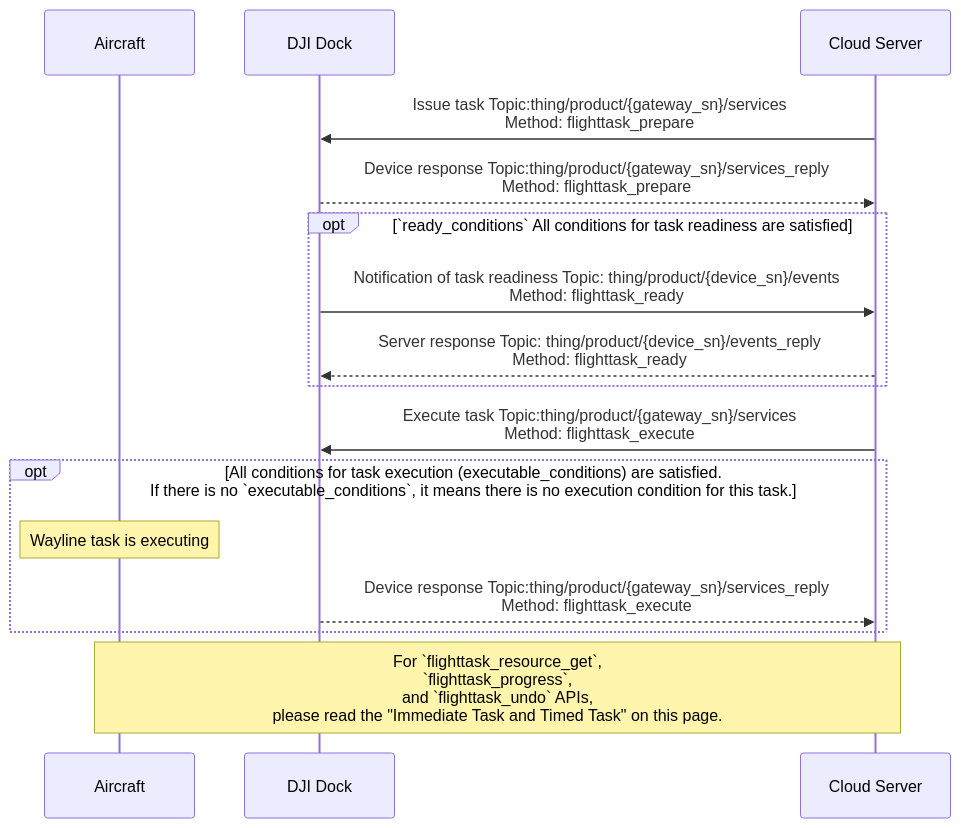
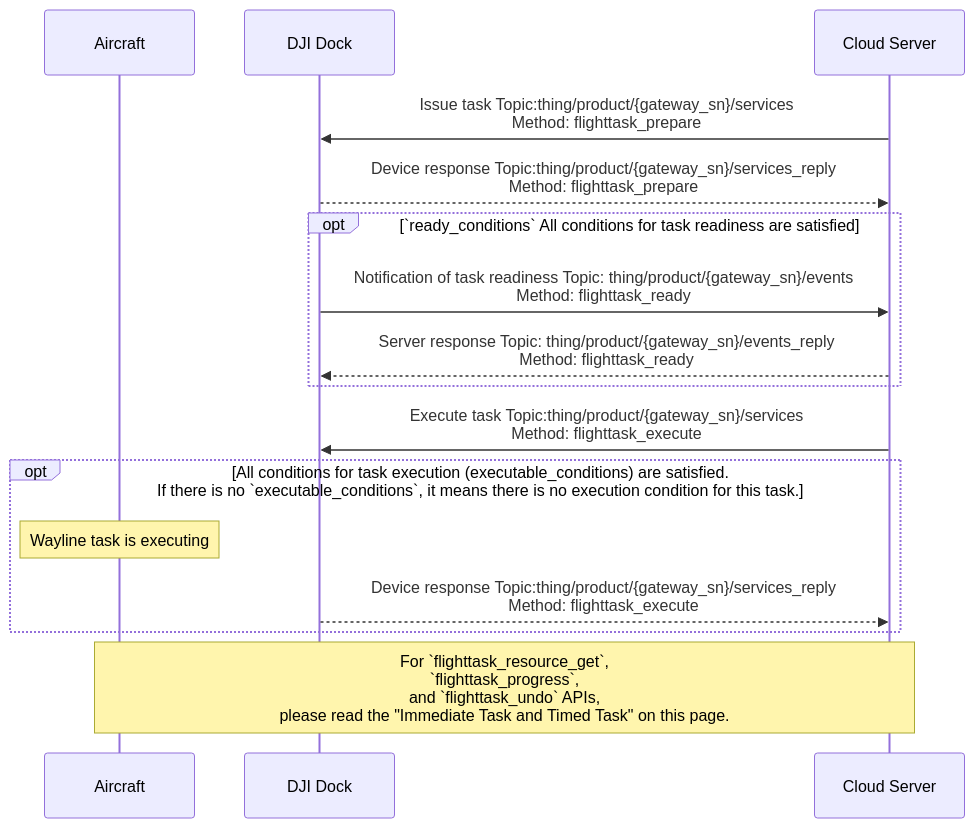
One commit to dji-sdk/Cloud-API-Doc changed the second of 2 diagrams in docs/en/30.feature-set/20.dock-feature-set/50.dock-wayline-management.md. Above: the diagram before and after it, drawn with Mermaid. The commit also changed other lines of this file and 152 other files, not shown here.

````diff
--- a/docs/en/30.feature-set/20.dock-feature-set/50.dock-wayline-management.md
+++ b/docs/en/30.feature-set/20.dock-feature-set/50.dock-wayline-management.md
@@ -75,24 +75,24 @@
 ```mermaid
 sequenceDiagram
 
 participant object as Aircraft
 participant client as DJI Dock
 participant server as Cloud Server
 
 server ->> client: Issue task Topic:thing/product/{gateway_sn}/services<br/>Method: flighttask_prepare
 client -->> server: Device response Topic:thing/product/{gateway_sn}/services_reply<br/>Method: flighttask_prepare
 
 opt `ready_conditions` All conditions for task readiness are satisfied
-client ->> server: Notification of task readiness Topic: thing/product/{device_sn}/events<br/>Method: flighttask_ready
-server -->> client: Server response Topic: thing/product/{device_sn}/events_reply<br/>Method: flighttask_ready
+client ->> server: Notification of task readiness Topic: thing/product/{gateway_sn}/events<br/>Method: flighttask_ready
+server -->> client: Server response Topic: thing/product/{gateway_sn}/events_reply<br/>Method: flighttask_ready
 end
 
 server ->> client: Execute task Topic:thing/product/{gateway_sn}/services<br/>Method: flighttask_execute
 opt All conditions for task execution (executable_conditions) are satisfied. <br/> If there is no `executable_conditions`, it means there is no execution condition for this task.
 note over object: Wayline task is executing
 client -->> server: Device response Topic:thing/product/{gateway_sn}/services_reply<br/>Method: flighttask_execute
 end
 
 note over object, server: For `flighttask_resource_get`,<br/>`flighttask_progress`,<br/> and `flighttask_undo` APIs,<br/> please read the "Immediate Task and Timed Task" on this page.
 
 ```
````
